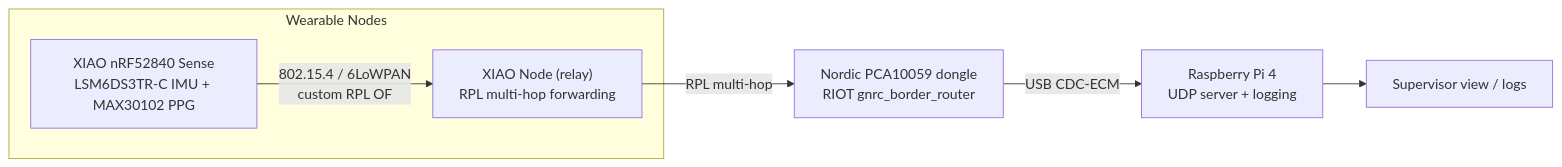
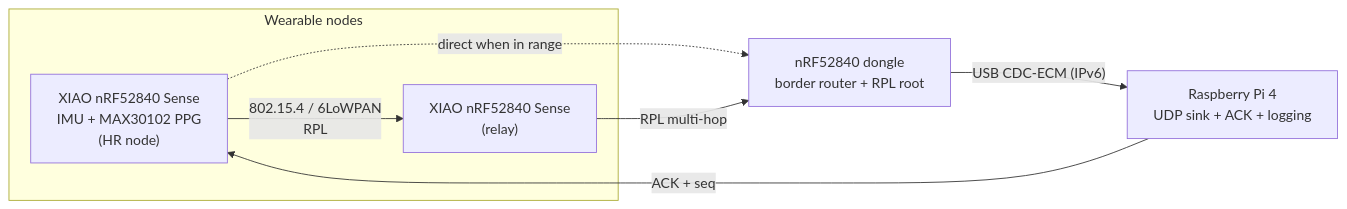
Before and after one commit to sapphire-rapid/privacy-preserving-wearable: the diagram in README.md, drawn with Mermaid. The commit also changed other lines of this file and 16 other files, not shown here.

````diff
--- a/README.md
+++ b/README.md
@@ -20,11 +21,12 @@
 ```mermaid
 graph LR
-    subgraph Wearable Nodes
-      N1["XIAO nRF52840 Sense<br/>LSM6DS3TR-C IMU + MAX30102 PPG"]
-      N2["XIAO Node (relay)<br/>RPL multi-hop forwarding"]
+    subgraph Wearable nodes
+      N1["XIAO nRF52840 Sense<br/>IMU + MAX30102 PPG<br/>(HR node)"]
+      N2["XIAO nRF52840 Sense<br/>(relay)"]
     end
-    N1 -- "802.15.4 / 6LoWPAN<br/>custom RPL OF" --> N2
-    N2 -- "RPL multi-hop" --> BR["Nordic PCA10059 dongle<br/>RIOT gnrc_border_router"]
-    BR -- "USB CDC-ECM" --> PI["Raspberry Pi 4<br/>UDP server + logging"]
-    PI --> SUP["Supervisor view / logs"]
+    N1 -- "802.15.4 / 6LoWPAN<br/>RPL" --> N2
+    N1 -. "direct when in range" .-> BR
+    N2 -- "RPL multi-hop" --> BR["nRF52840 dongle<br/>border router + RPL root"]
+    BR -- "USB CDC-ECM (IPv6)" --> PI["Raspberry Pi 4<br/>UDP sink + ACK + logging"]
+    PI -- "ACK + seq" --> N1
 ```
````
